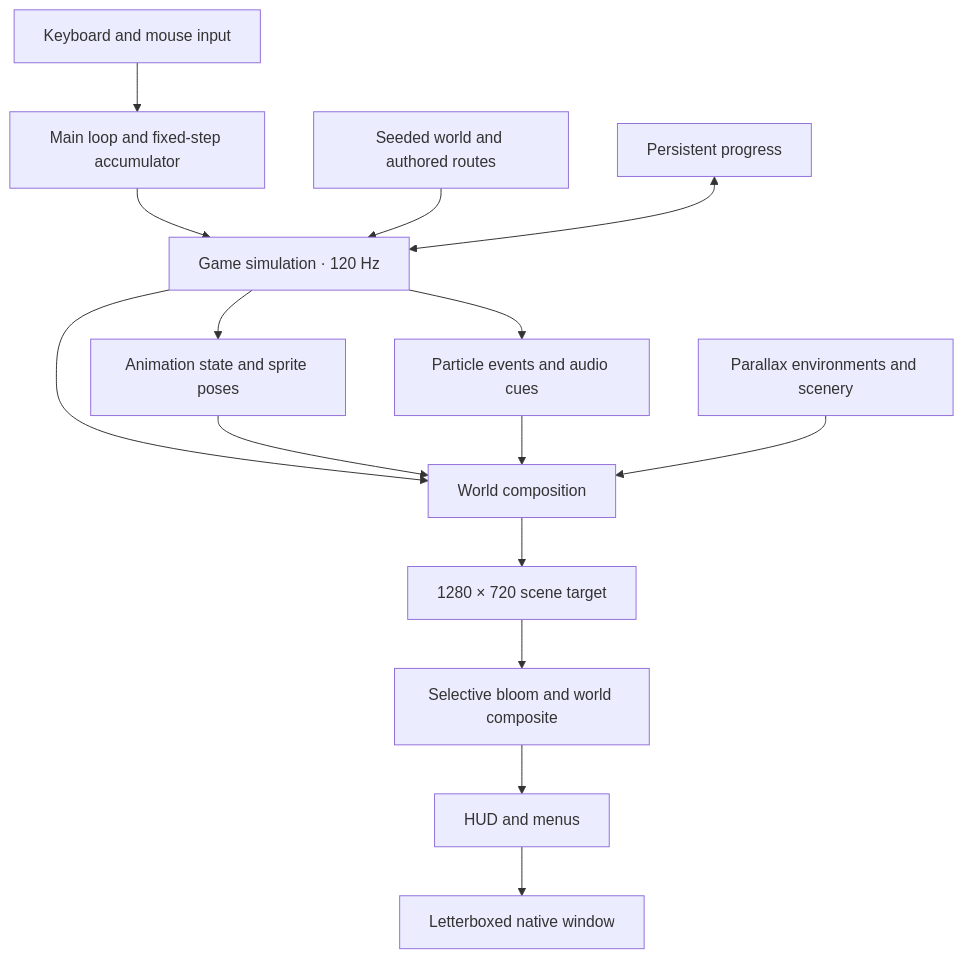
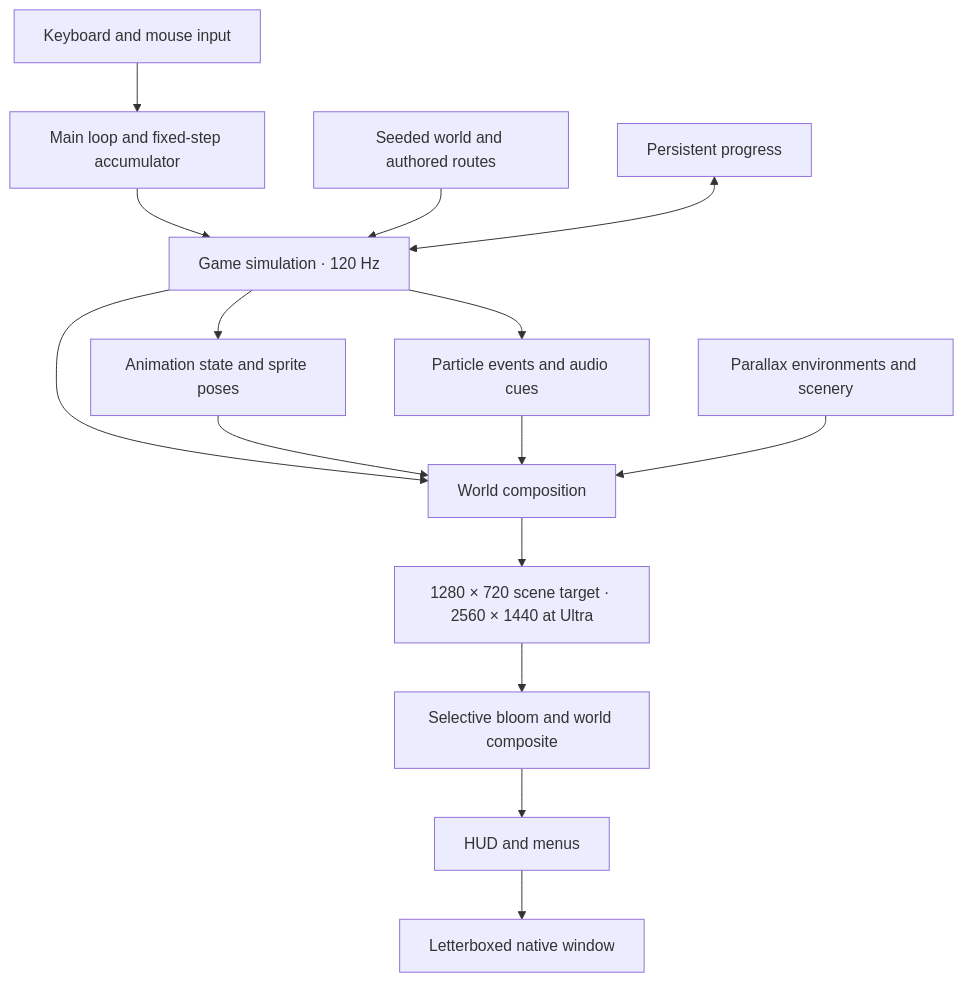
Before and after one commit to nearbycoder/Cinderwake: the diagram in docs/ENGINE.md, drawn with Mermaid. The commit also changed other lines of this file and 10 other files, not shown here.

````diff
--- a/docs/ENGINE.md
+++ b/docs/ENGINE.md
@@ -9,17 +9,17 @@
 ```mermaid
 flowchart TD
     I[Keyboard and mouse input] --> M[Main loop and fixed-step accumulator]
     M --> G[Game simulation · 120 Hz]
     W[Seeded world and authored routes] --> G
     S[Persistent progress] <--> G
     G --> A[Animation state and sprite poses]
     G --> P[Particle events and audio cues]
     G --> R[World composition]
     A --> R
     P --> R
     E[Parallax environments and scenery] --> R
-    R --> T[1280 × 720 scene target]
+    R --> T[1280 × 720 scene target · 2560 × 1440 at Ultra]
     T --> B[Selective bloom and world composite]
     B --> H[HUD and menus]
     H --> O[Letterboxed native window]
 ```
````
